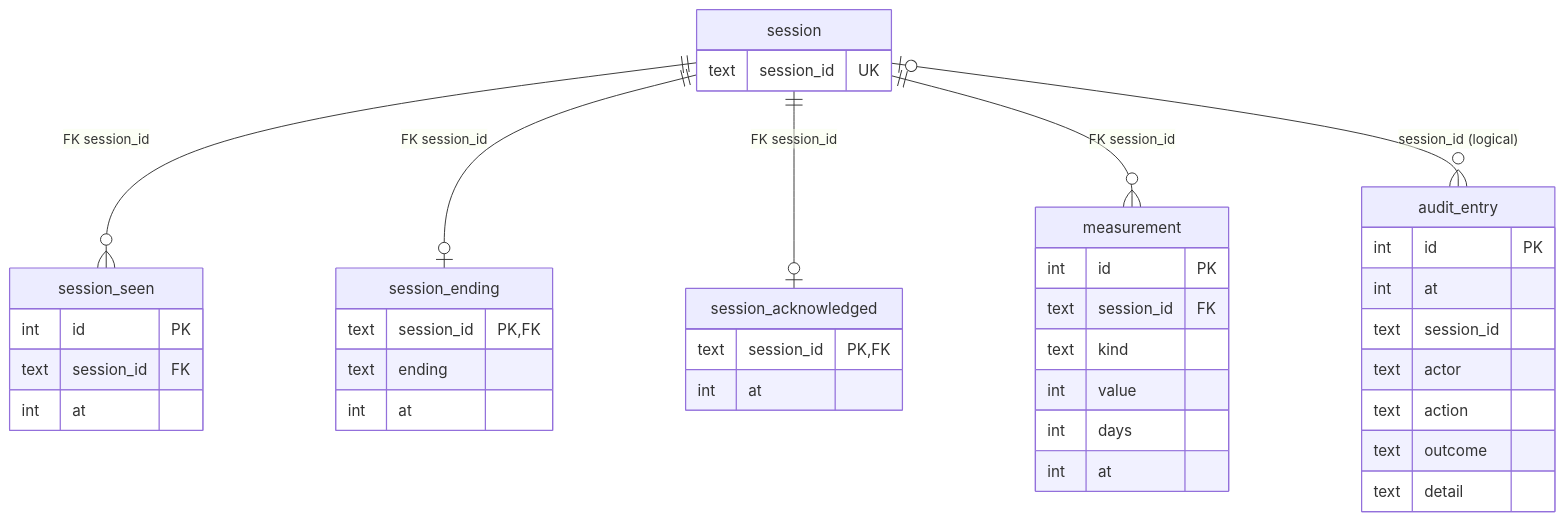
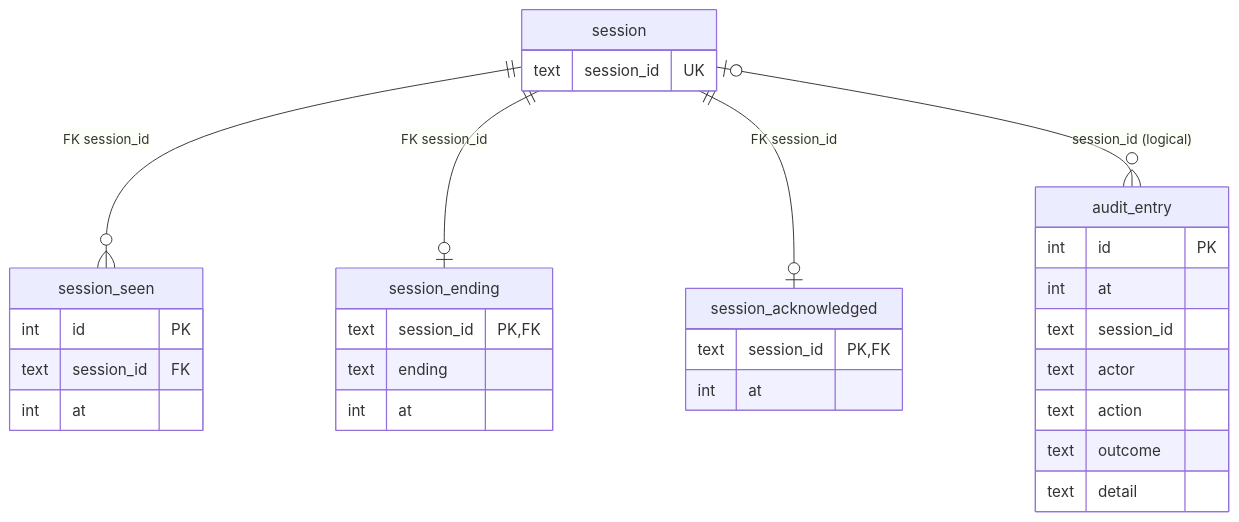
The fourth of 6 diagrams in ARCHITECTURE.md (informedica/GenPRES), drawn with Mermaid before and after one commit. The commit also changed 37 other files, not shown here.

````diff
--- a/ARCHITECTURE.md
+++ b/ARCHITECTURE.md
@@ -277,42 +277,33 @@
 ```mermaid
 erDiagram
     session {
         text session_id UK
     }
     session_seen {
         int id PK
         text session_id FK
         int at
     }
     session_ending {
         text session_id PK, FK
         text ending
         int at
     }
     session_acknowledged {
         text session_id PK, FK
         int at
     }
     audit_entry {
         int id PK
         int at
         text session_id
         text actor
         text action
         text outcome
         text detail
     }
-    measurement {
-        int id PK
-        text session_id FK
-        text kind
-        int value
-        int days
-        int at
-    }
     session ||--o{ session_seen : "FK session_id"
     session ||--o| session_ending : "FK session_id"
     session ||--o| session_acknowledged : "FK session_id"
-    session ||--o{ measurement : "FK session_id"
     session |o--o{ audit_entry : "session_id (logical)"
 ```
````
